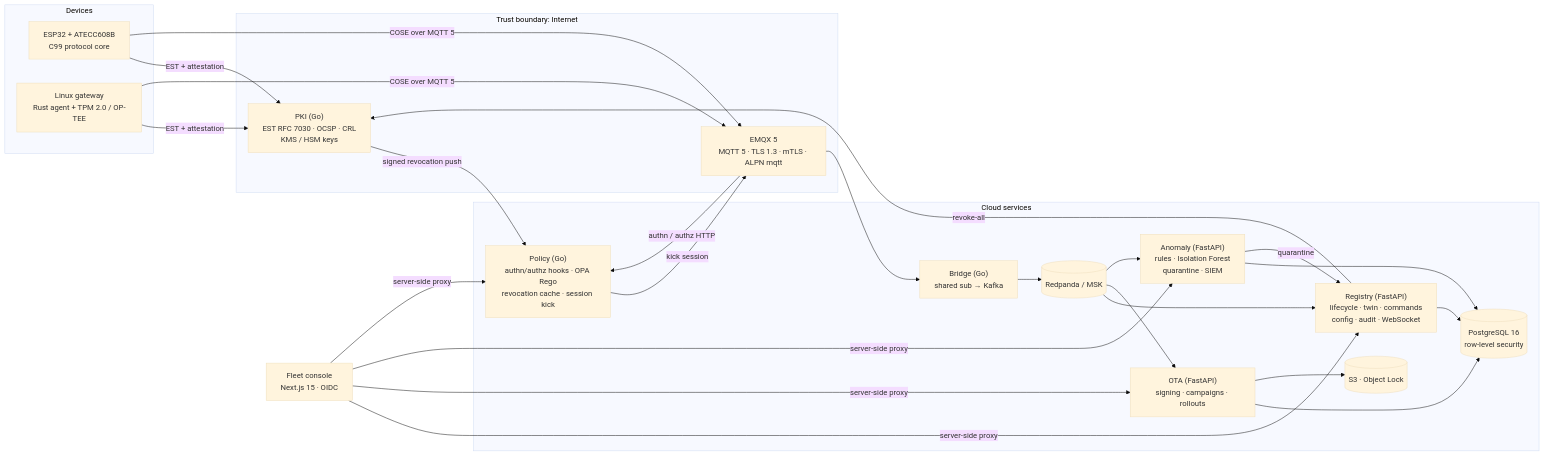
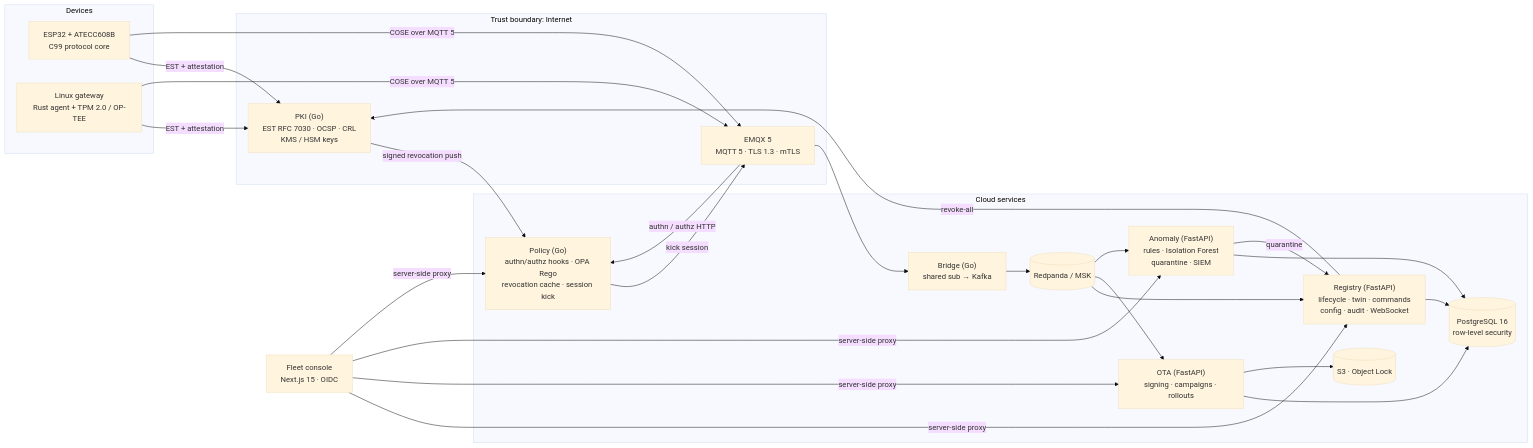
The first of 3 diagrams in README.md (lumidren/IoT-Security-Framework), drawn with Mermaid (base theme) before and after one commit. The commit also changed other lines of this file and 2 other files, not shown here.

Commit message:
docs: ALPN mqtt is offered by devices, not negotiated by EMQX 5.8

````diff
--- a/README.md
+++ b/README.md
@@ -64,38 +64,38 @@
 ```mermaid
 flowchart LR
   subgraph Devices
     ESP["ESP32 + ATECC608B<br/>C99 protocol core"]
     LNX["Linux gateway<br/>Rust agent + TPM 2.0 / OP-TEE"]
   end
 
   subgraph Edge["Trust boundary: Internet"]
-    EMQX["EMQX 5<br/>MQTT 5 · TLS 1.3 · mTLS · ALPN mqtt"]
+    EMQX["EMQX 5<br/>MQTT 5 · TLS 1.3 · mTLS"]
     PKI["PKI (Go)<br/>EST RFC 7030 · OCSP · CRL<br/>KMS / HSM keys"]
   end
 
   subgraph Cloud["Cloud services"]
     POL["Policy (Go)<br/>authn/authz hooks · OPA Rego<br/>revocation cache · session kick"]
     BR["Bridge (Go)<br/>shared sub → Kafka"]
     RP[("Redpanda / MSK")]
     REG["Registry (FastAPI)<br/>lifecycle · twin · commands<br/>config · audit · WebSocket"]
     OTA["OTA (FastAPI)<br/>signing · campaigns · rollouts"]
     AN["Anomaly (FastAPI)<br/>rules · Isolation Forest<br/>quarantine · SIEM"]
     PG[("PostgreSQL 16<br/>row-level security")]
     S3[("S3 · Object Lock")]
   end
 
   CON["Fleet console<br/>Next.js 15 · OIDC"]
 
   ESP & LNX -- "EST + attestation" --> PKI
   ESP & LNX -- "COSE over MQTT 5" --> EMQX
   EMQX -- "authn / authz HTTP" --> POL
   PKI -- "signed revocation push" --> POL
   POL -- "kick session" --> EMQX
   EMQX --> BR --> RP
   RP --> REG & OTA & AN
   REG & OTA & AN --> PG
   OTA --> S3
   AN -- "quarantine" --> REG
   REG -- "revoke-all" --> PKI
   CON -- "server-side proxy" --> REG & OTA & AN & POL
 ```
````
